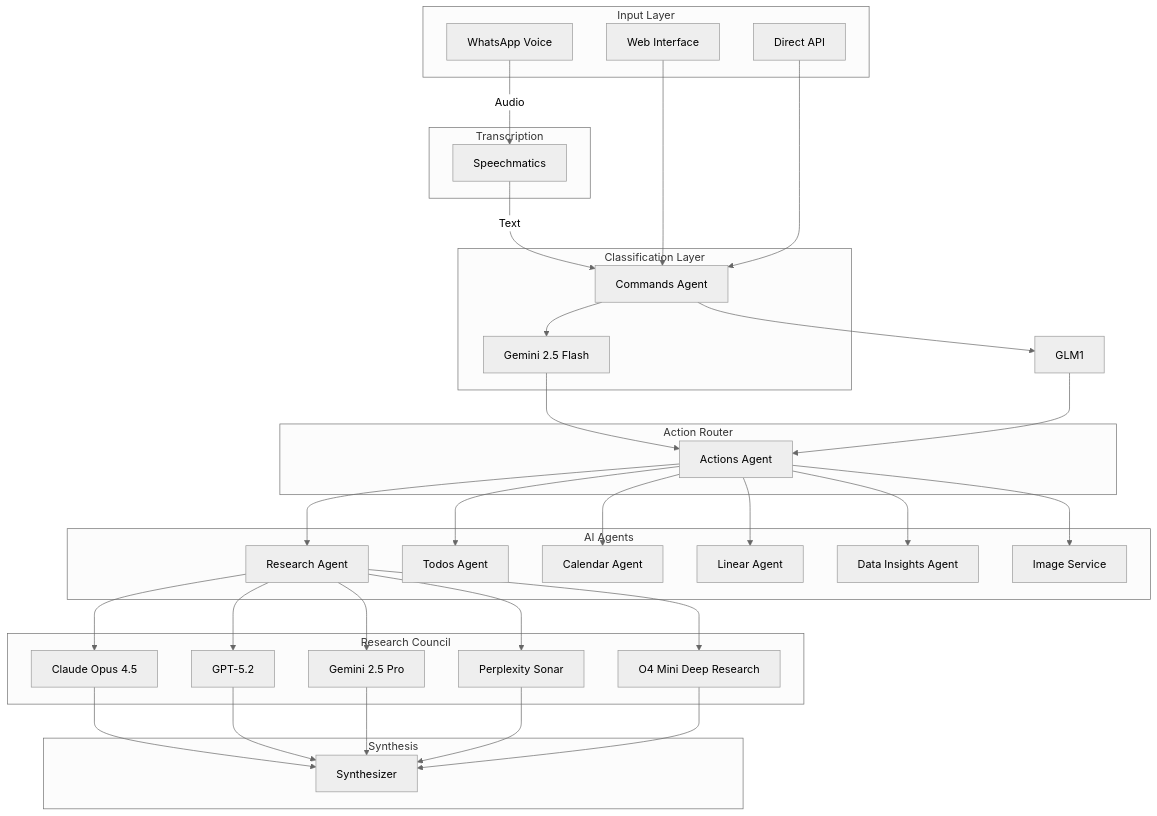
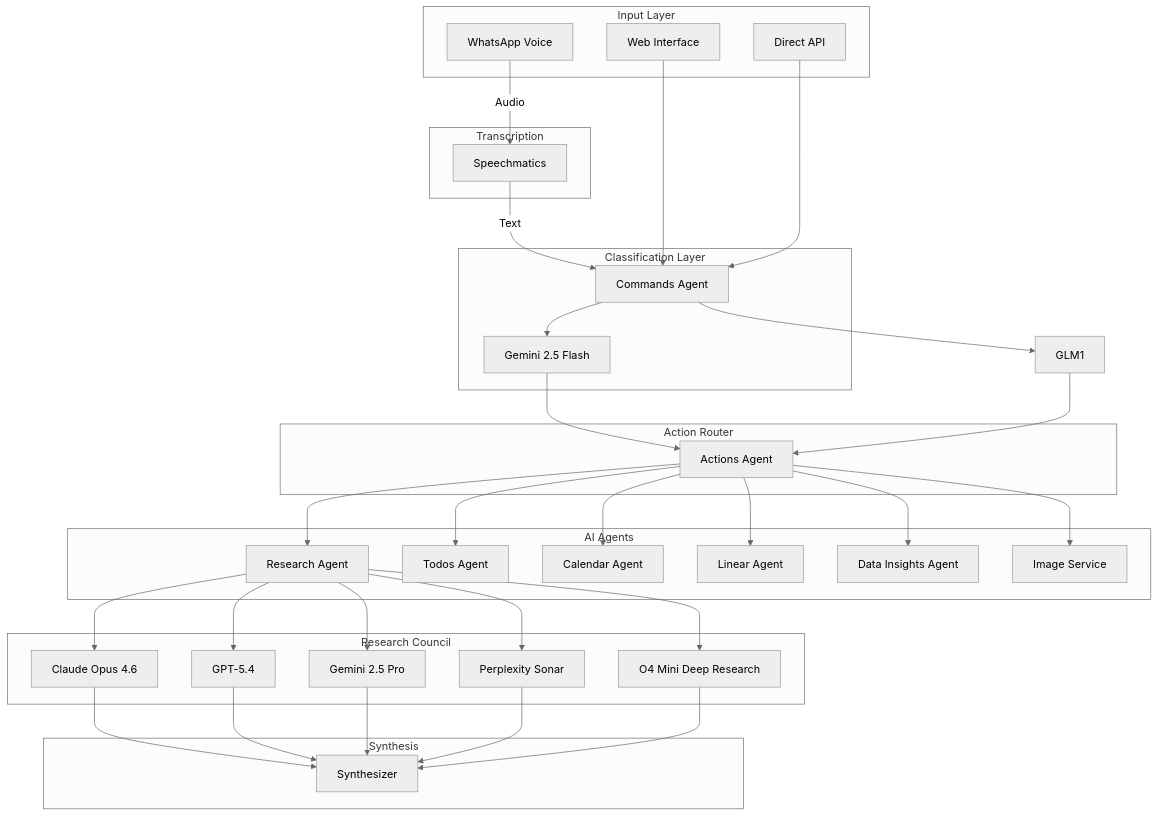
Before and after one commit to pbuchman/intexuraos: the third of 4 diagrams in docs/architecture/ai-architecture.md, drawn with Mermaid (neutral theme). The commit also changed other lines of this file and 12 other files, not shown here.

````diff
--- a/docs/architecture/ai-architecture.md
+++ b/docs/architecture/ai-architecture.md
@@ -230,71 +230,71 @@
 ```mermaid
 graph TB
     subgraph "Input Layer"
         WA[WhatsApp Voice]
         WEB[Web Interface]
         API[Direct API]
     end
 
     subgraph "Transcription"
         SM[Speechmatics]
     end
 
     subgraph "Classification Layer"
         CMD[Commands Agent]
         GEM1[Gemini 2.5 Flash]
     end
 
     subgraph "Action Router"
         AA[Actions Agent]
     end
 
     subgraph "AI Agents"
         RA[Research Agent]
         TA[Todos Agent]
         CA[Calendar Agent]
         LA[Linear Agent]
         DIA[Data Insights Agent]
         IS[Image Service]
     end
 
     subgraph "Research Council"
-        CLAUDE[Claude Opus 4.5]
-        GPT[GPT-5.2]
+        CLAUDE[Claude Opus 4.6]
+        GPT[GPT-5.4]
         GEM2[Gemini 2.5 Pro]
         SONAR[Perplexity Sonar]
         O4[O4 Mini Deep Research]
     end
 
     subgraph "Synthesis"
         SYN[Synthesizer]
     end
 
     WA -->|Audio| SM
     SM -->|Text| CMD
     WEB --> CMD
     API --> CMD
 
     CMD --> GEM1
     CMD --> GLM1
     GEM1 --> AA
     GLM1 --> AA
 
     AA --> RA
     AA --> TA
     AA --> CA
     AA --> LA
     AA --> DIA
     AA --> IS
 
     RA --> CLAUDE
     RA --> GPT
     RA --> GEM2
     RA --> SONAR
     RA --> O4
 
     CLAUDE --> SYN
     GPT --> SYN
     GEM2 --> SYN
     SONAR --> SYN
     O4 --> SYN
 ```
````
